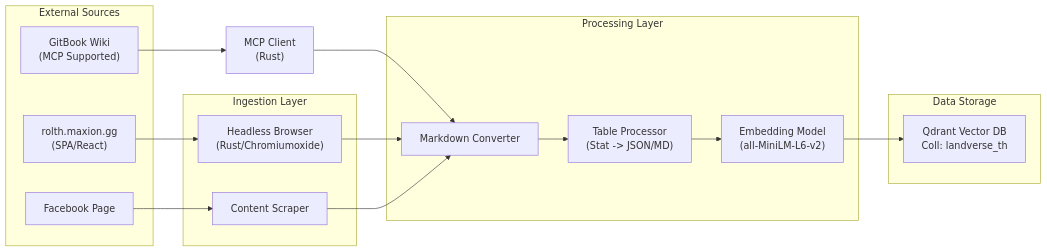
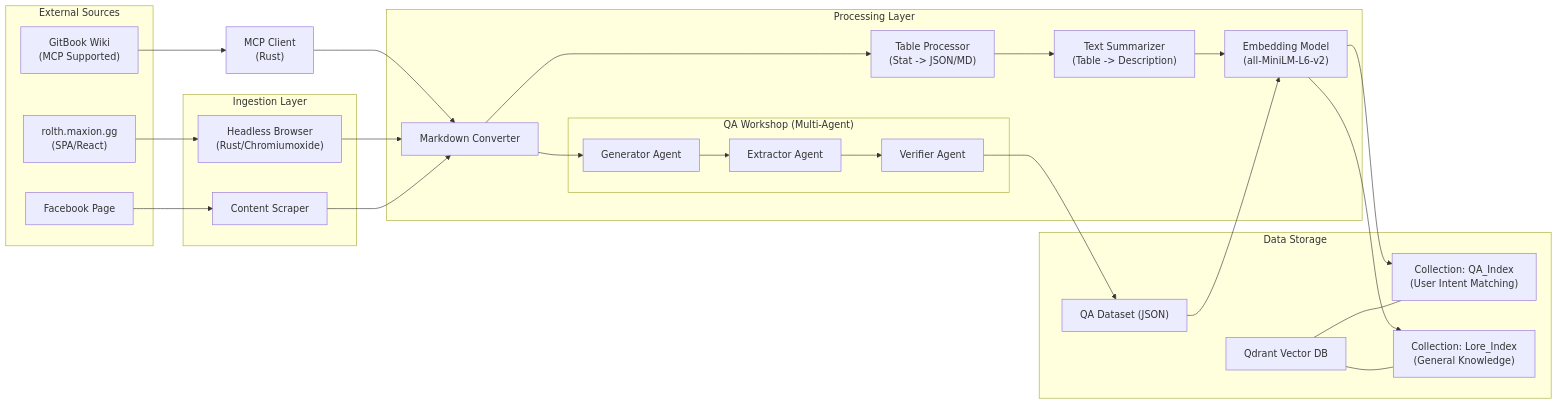
One commit to MegaWiz-Dev-Team/Mimir changed the third of 3 diagrams in docs/TRD_Project-Mimir_TH.md. Above: the diagram before and after it, drawn with Mermaid. The commit also changed other lines of this file and 48 other files, not shown here.

````diff
--- a/docs/TRD_Project-Mimir_TH.md
+++ b/docs/TRD_Project-Mimir_TH.md
@@ -640,37 +644,60 @@
 ```mermaid
 graph LR
     subgraph "External Sources"
         WEB["rolth.maxion.gg<br/>(SPA/React)"]
         GITBOOK["GitBook Wiki<br/>(MCP Supported)"]
         FB["Facebook Page"]
     end
 
 
     subgraph "Ingestion Layer"
         PUP["Headless Browser<br/>(Rust/Chromiumoxide)"]
         SCRAPER["Content Scraper"]
     end
 
 
     subgraph "Processing Layer"
         MD["Markdown Converter"]
         TBL["Table Processor<br/>(Stat -> JSON/MD)"]
+        SUM["Text Summarizer<br/>(Table -> Description)"]
+        
+        subgraph "QA Workshop (Multi-Agent)"
+            GEN["Generator Agent"]
+            EXT["Extractor Agent"]
+            VER["Verifier Agent"]
+        end
+
         EMB["Embedding Model<br/>(all-MiniLM-L6-v2)"]
     end
 
     subgraph "Data Storage"
-        QDRANT["Qdrant Vector DB<br/>Coll: landverse_th"]
+        QDRANT["Qdrant Vector DB"]
+        QA_COLL["Collection: QA_Index<br/>(User Intent Matching)"]
+        KNOW_COLL["Collection: Lore_Index<br/>(General Knowledge)"]
+        QA_DB["QA Dataset (JSON)"]
     end
 
     WEB --> PUP
     GITBOOK --> MCP_CLIENT
     FB --> SCRAPER
     
     MCP_CLIENT["MCP Client<br/>(Rust)"] --> MD
     PUP --> MD
 
     SCRAPER --> MD
     MD --> TBL
-    TBL --> EMB
-    EMB --> QDRANT
+    TBL --> SUM
+    SUM --> EMB
+    EMB --> KNOW_COLL
+
+    MD --> GEN
+    GEN --> EXT
+    EXT --> VER
+    VER --> QA_DB
+    
+    QA_DB --> EMB
+    EMB --> QA_COLL
+
+    QDRANT --- QA_COLL
+    QDRANT --- KNOW_COLL
 ```
````
